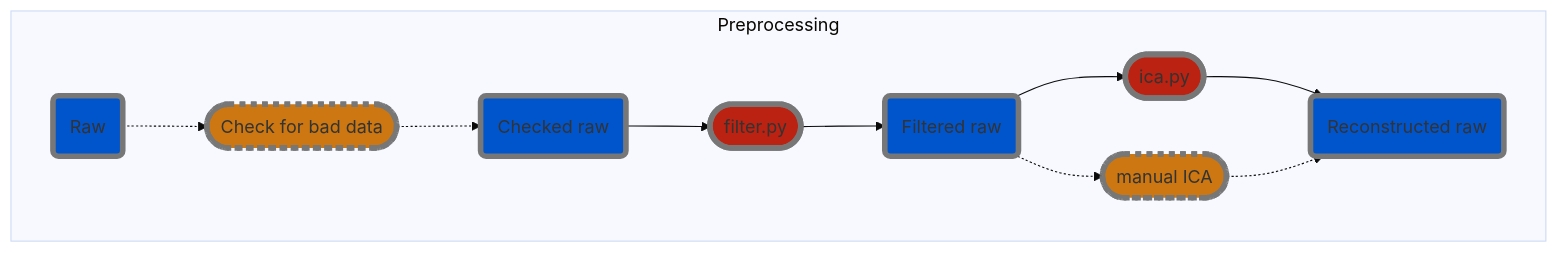
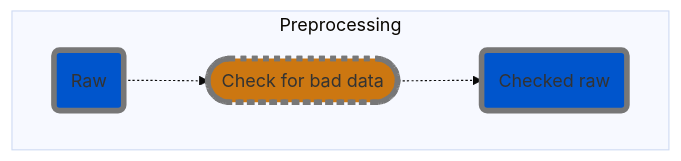
Before and after one commit to hiroyoshi-yamasaki/MNE-MVPA: the diagram in README.md, drawn with Mermaid (base theme).

Commit message:
mermaid not working on github

````diff
--- a/README.md
+++ b/README.md
@@ -4,31 +4,23 @@
 ```mermaid
 graph TD
     %% Processes
     classDef automatic_process fill: #b21, stroke-width: 5px, stroke: #777
     classDef manual_process fill: #c71, stroke-width: 5px, stroke: #777, stroke-dasharray: 5, 5;
     
     %% Data
     classDef mne_data fill: #05c, stroke-width: 5px, stroke: #777
     classDef event_data fill: #260, stroke-width: 5px, stroke: #777
     classDef other_data fill: #55c, stroke-width: 5px, stroke: #777
 
     %% Preprocessing MEG data
     subgraph "Preprocessing"
     
         %% Manual check for bad channels, artefacts etc.
         raw_data("Raw"):::mne_data -.-> check_raw(["Check for bad data"]):::manual_process;
         check_raw -.-> checked_raw("Checked raw"):::mne_data;
     
-        %% Filter the data
-        checked_raw --> filter(["filter.py"]):::automatic_process;
-        filter --> filtered_raw("Filtered raw"):::mne_data;
         
-        %% Artefact removal with ICA
-        filtered_raw --> ica(["ica.py"]):::automatic_process;
-        ica --> recon_raw("Reconstructed raw"):::mne_data;
-        filtered_raw -.-> man_ica(["manual ICA"]):::manual_process;
-        man_ica -.-> recon_raw;
         
     end
     
 ```
````
